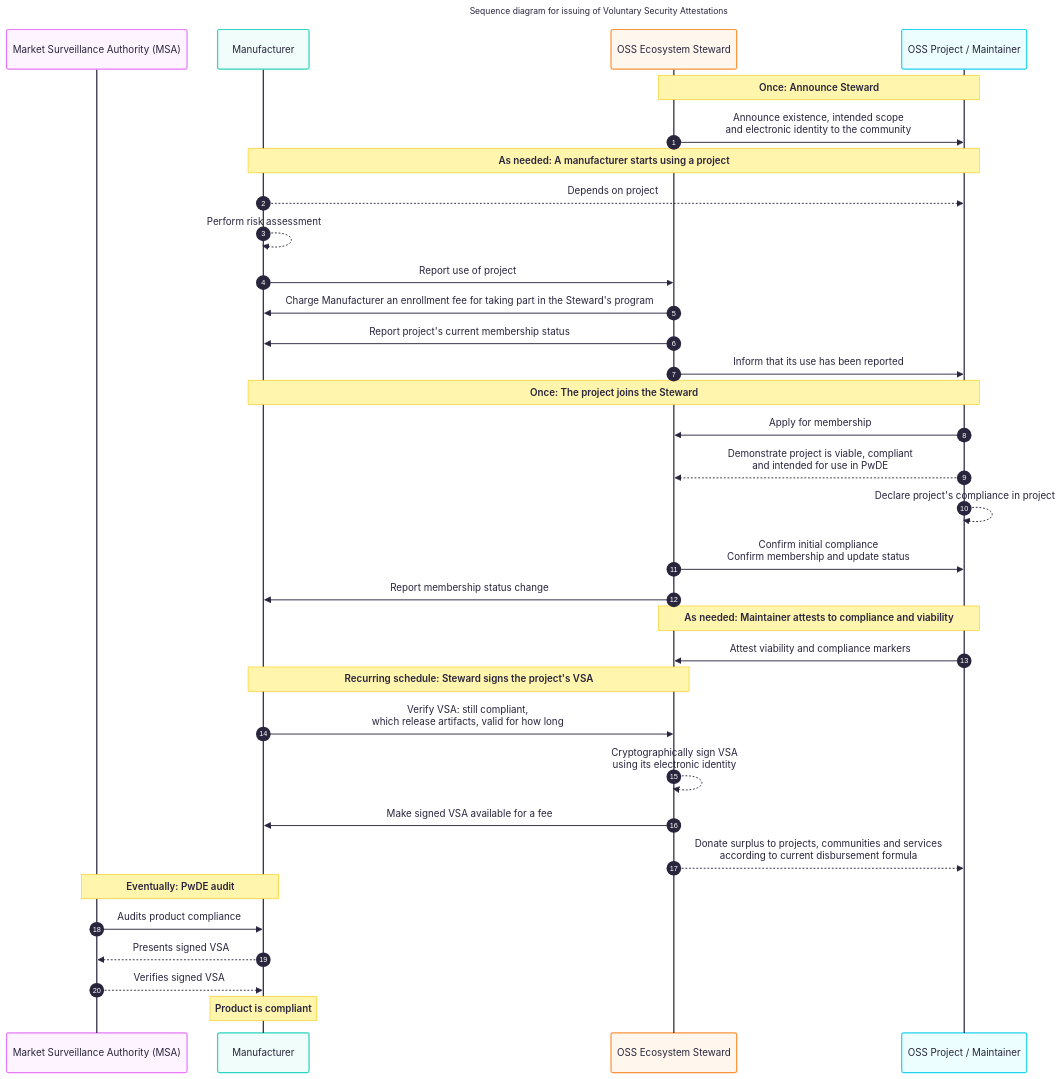
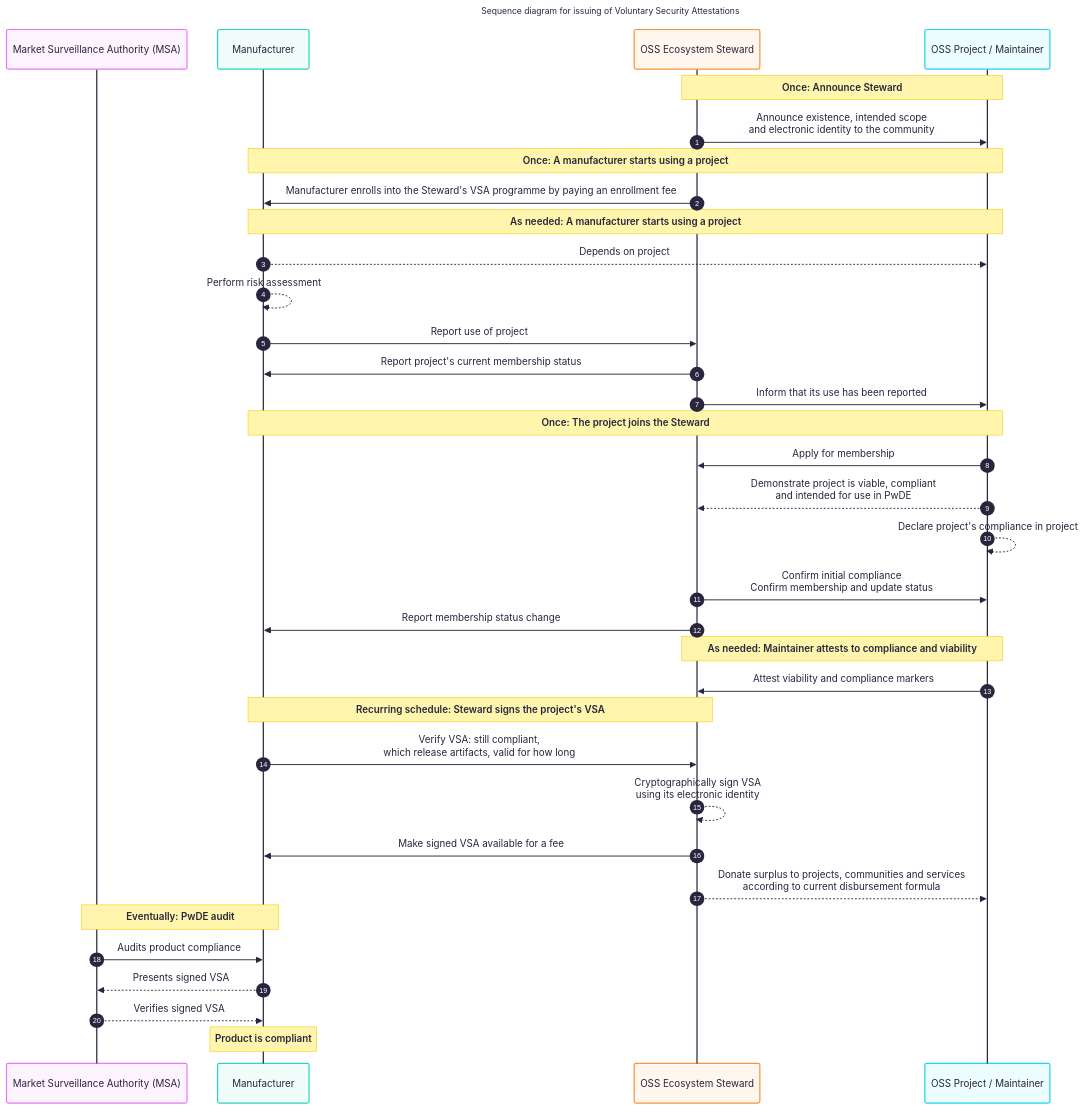
One commit to CPAN-Security/security.metacpan.org changed the diagram in docs/ecosystem-steward.md. Above: the diagram before and after it, drawn with Mermaid. The commit also changed other lines of this file, not shown here.

Commit message:
Minor simplification of intro concept; Expand on the enrollment fee a little.

````diff
--- a/docs/ecosystem-steward.md
+++ b/docs/ecosystem-steward.md
@@ -263,42 +266,43 @@
 ```mermaid
 ---
 title: Sequence diagram for issuing of Voluntary Security Attestations
 config:
     theme: redux-color
     layout: elk
     look: classic
 ---
 sequenceDiagram
     autonumber
     participant MSA as Market Surveillance Authority (MSA)
     participant MFG as Manufacturer
     participant ES as OSS Ecosystem Steward
     participant OSS as OSS Project / Maintainer
     note over ES,OSS: Once: Announce Steward
     ES->>OSS: Announce existence, intended scope<br>and electronic identity to the community
+    note over MFG,OSS: Once: A manufacturer starts using a project
+    ES->>MFG: Manufacturer enrolls into the Steward's VSA programme by paying an enrollment fee
     note over MFG,OSS: As needed: A manufacturer starts using a project
     MFG-->>OSS: Depends on project
     MFG-->>MFG: Perform risk assessment
     MFG->>ES: Report use of project
-    ES->>MFG: Charge Manufacturer an enrollment fee for taking part in the Steward's program
     ES->>MFG: Report project's current membership status
     ES->>OSS: Inform that its use has been reported
     note over MFG,OSS: Once: The project joins the Steward
     OSS->>ES: Apply for membership
     OSS-->>ES: Demonstrate project is viable, compliant<br>and intended for use in PwDE
     OSS-->>OSS: Declare project's compliance in project
     ES->>OSS: Confirm initial compliance<br>Confirm membership and update status
     ES->>MFG: Report membership status change
     note over ES,OSS: As needed: Maintainer attests to compliance and viability
     OSS->>ES: Attest viability and compliance markers
     note over MFG,ES: Recurring schedule: Steward signs the project's VSA
     MFG->>ES: Verify VSA: still compliant,<br>which release artifacts, valid for how long
     ES-->>ES: Cryptographically sign VSA<br>using its electronic identity
     ES->>MFG: Make signed VSA available for a fee
     ES-->>OSS: Donate surplus to projects, communities and services<br>according to current disbursement formula
     note over MSA,MFG: Eventually: PwDE audit
     MSA->>MFG: Audits product compliance
     MFG-->>MSA: Presents signed VSA
     MSA-->>MFG: Verifies signed VSA
     note over MFG: Product is compliant
 ```
````
